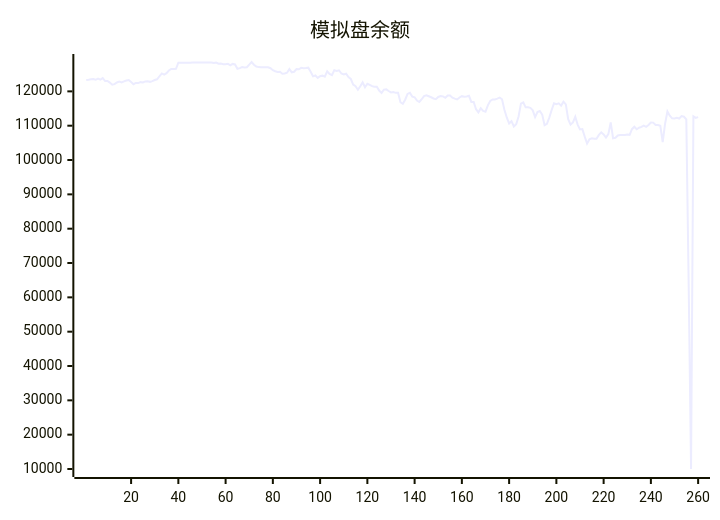
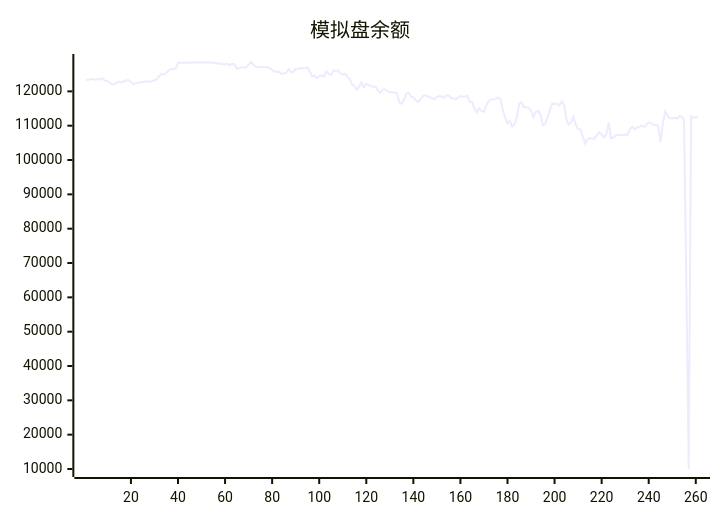
Before and after one commit to aahl/ai-trading: the diagram in README.md, drawn with Mermaid. The commit also changed other lines of this file and 1 other file, not shown here.

````diff
--- a/README.md
+++ b/README.md
@@ -5,5 +5,5 @@
 ```mermaid
 xychart
     title "模拟盘余额"
-    line [123338,123402,123530,123592,123378,123745,123413,123853,123009,123040,122557,121938,122095,122599,122856,122597,122898,123160,123319,122719,122087,122454,122416,122685,122592,122907,122961,122776,122981,123295,123507,124403,125224,124894,125303,126088,126544,126534,126549,128335,128318,128318,128318,128318,128318,128424,128424,128424,128424,128424,128424,128424,128424,128424,128247,128412,128062,128087,127917,127901,128026,127611,128000,127850,126572,126770,127100,126971,127029,127783,128554,127765,127224,127064,127044,127009,127025,127004,126738,126152,125871,125635,125707,125117,125217,125420,126480,125545,125715,126511,126424,126856,126764,126788,126890,125710,124381,124632,123936,124402,124574,124256,125833,125070,124739,126154,125966,126145,125213,124943,125143,124157,123604,121959,121476,120476,121470,122610,121201,122221,121889,121522,121332,121344,120232,119559,120513,120577,120108,119680,119777,119572,119568,116839,116392,117573,119250,119585,118469,118277,117338,116897,117706,118628,118849,118579,118280,117926,117735,118373,118639,118544,118136,118798,118819,118162,117874,117649,118215,118601,118463,118517,118713,116911,116899,114798,113887,115084,114313,114091,115934,117221,117658,117658,117883,118164,117693,114632,112403,110644,111313,109777,110444,112673,116419,116772,115355,115355,115198,114476,112510,113954,114276,113223,110151,110561,112361,114562,116522,116265,116500,115845,117000,116199,111887,110306,110942,112588,110318,108891,109011,106814,104811,106038,106327,106201,106180,107315,108068,107463,106528,107530,110941,106346,106482,107161,107268,107270,107302,107426,107340,108985,109681,108962,109404,109645,110030,109680,110214,110918,110897,110215,110212,109962,105235,110525,114151,112895,112137,112083,112329,112094,112784,112613,111829,63445,10000,112734,112268,112496]
+    line [123338,123402,123530,123592,123378,123745,123413,123853,123009,123040,122557,121938,122095,122599,122856,122597,122898,123160,123319,122719,122087,122454,122416,122685,122592,122907,122961,122776,122981,123295,123507,124403,125224,124894,125303,126088,126544,126534,126549,128335,128318,128318,128318,128318,128318,128424,128424,128424,128424,128424,128424,128424,128424,128424,128247,128412,128062,128087,127917,127901,128026,127611,128000,127850,126572,126770,127100,126971,127029,127783,128554,127765,127224,127064,127044,127009,127025,127004,126738,126152,125871,125635,125707,125117,125217,125420,126480,125545,125715,126511,126424,126856,126764,126788,126890,125710,124381,124632,123936,124402,124574,124256,125833,125070,124739,126154,125966,126145,125213,124943,125143,124157,123604,121959,121476,120476,121470,122610,121201,122221,121889,121522,121332,121344,120232,119559,120513,120577,120108,119680,119777,119572,119568,116839,116392,117573,119250,119585,118469,118277,117338,116897,117706,118628,118849,118579,118280,117926,117735,118373,118639,118544,118136,118798,118819,118162,117874,117649,118215,118601,118463,118517,118713,116911,116899,114798,113887,115084,114313,114091,115934,117221,117658,117658,117883,118164,117693,114632,112403,110644,111313,109777,110444,112673,116419,116772,115355,115355,115198,114476,112510,113954,114276,113223,110151,110561,112361,114562,116522,116265,116500,115845,117000,116199,111887,110306,110942,112588,110318,108891,109011,106814,104811,106038,106327,106201,106180,107315,108068,107463,106528,107530,110941,106346,106482,107161,107268,107270,107302,107426,107340,108985,109681,108962,109404,109645,110030,109680,110214,110918,110897,110215,110212,109962,105235,110525,114151,112895,112137,112083,112329,112094,112784,112613,111829,63445,10000,112734,112268,112496,112313]
 ```
````
